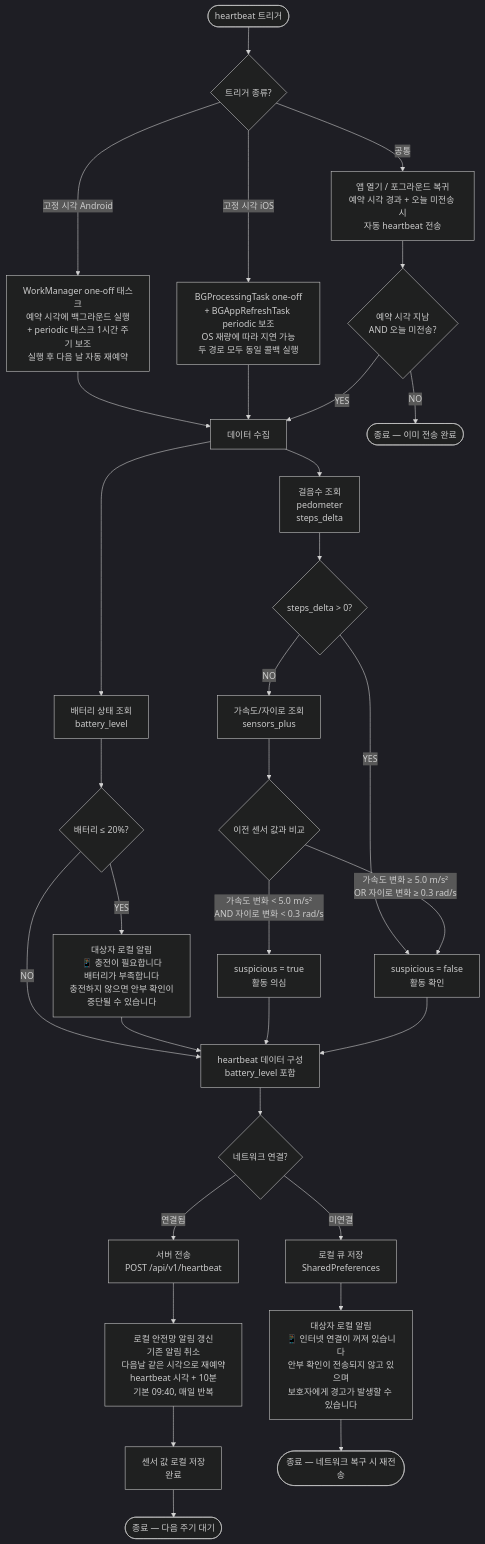
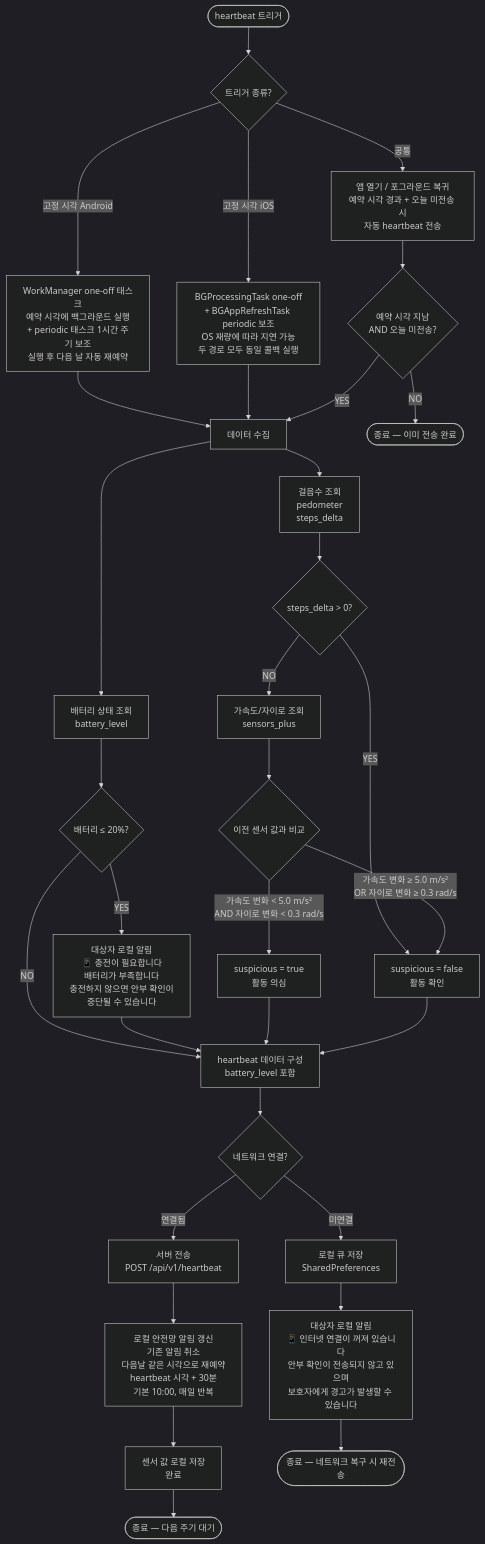
Before and after one commit to l10s18bok/kr.co.anbucheck: the first of 7 diagrams in .claude/rules/heartbeat_flowchart.md, drawn with Mermaid (dark theme). The commit also changed other lines of this file and 3 other files, not shown here.

````diff
--- a/.claude/rules/heartbeat_flowchart.md
+++ b/.claude/rules/heartbeat_flowchart.md
@@ -23,54 +23,54 @@
 ```mermaid
 flowchart TD
     Start([heartbeat 트리거])
     Start --> Trigger
 
     Trigger{트리거 종류?}
     Trigger -->|고정 시각 Android| WM[WorkManager one-off 태스크<br/>예약 시각에 백그라운드 실행<br/>+ periodic 태스크 1시간 주기 보조<br/>실행 후 다음 날 자동 재예약]
     Trigger -->|고정 시각 iOS| BG[BGProcessingTask one-off<br/>+ BGAppRefreshTask periodic 보조<br/>OS 재량에 따라 지연 가능<br/>두 경로 모두 동일 콜백 실행]
     Trigger -->|공통| FG[앱 열기 / 포그라운드 복귀<br/>예약 시각 경과 + 오늘 미전송 시<br/>자동 heartbeat 전송]
 
     WM --> Collect
     BG --> Collect
     FG --> FGCheck{예약 시각 지남<br/>AND 오늘 미전송?}
     FGCheck -->|YES| Collect
     FGCheck -->|NO| End0([종료 — 이미 전송 완료])
 
     Collect[데이터 수집]
     Collect --> Steps[걸음수 조회<br/>pedometer<br/>steps_delta]
     Collect --> Battery[배터리 상태 조회<br/>battery_level]
 
     Steps --> StepsCheck{steps_delta > 0?}
     StepsCheck -->|YES| Normal[suspicious = false<br/>활동 확인]
     StepsCheck -->|NO| Sensor[가속도/자이로 조회<br/>sensors_plus]
 
     Sensor --> Compare{이전 센서 값과 비교}
     Compare -->|가속도 변화 < 5.0 m/s²<br/>AND 자이로 변화 < 0.3 rad/s| Suspicious[suspicious = true<br/>활동 의심]
     Compare -->|가속도 변화 ≥ 5.0 m/s²<br/>OR 자이로 변화 ≥ 0.3 rad/s| Normal
 
     Battery --> BattCheck{배터리 ≤ 20%?}
     BattCheck -->|YES| SubjectNoti[대상자 로컬 알림<br/>📱 충전이 필요합니다<br/>배터리가 부족합니다<br/>충전하지 않으면 안부 확인이<br/>중단될 수 있습니다]
     BattCheck -->|NO| Build
 
     SubjectNoti --> Build
 
     Suspicious --> Build
     Normal --> Build
 
     Build[heartbeat 데이터 구성<br/>battery_level 포함]
 
     Build --> Network{네트워크 연결?}
 
     Network -->|연결됨| Send[서버 전송<br/>POST /api/v1/heartbeat]
     Network -->|미연결| Queue[로컬 큐 저장<br/>SharedPreferences]
 
     Queue --> LocalNoti1[대상자 로컬 알림<br/>📱 인터넷 연결이 꺼져 있습니다<br/>안부 확인이 전송되지 않고 있으며<br/>보호자에게 경고가 발생할 수 있습니다]
 
-    Send --> AlarmReset[로컬 안전망 알림 갱신<br/>기존 알림 취소<br/>다음날 같은 시각으로 재예약<br/>heartbeat 시각 + 10분<br/>기본 09:40, 매일 반복]
+    Send --> AlarmReset[로컬 안전망 알림 갱신<br/>기존 알림 취소<br/>다음날 같은 시각으로 재예약<br/>heartbeat 시각 + 30분<br/>기본 10:00, 매일 반복]
 
     AlarmReset --> SaveEnd[센서 값 로컬 저장<br/>완료]
 
     SaveEnd --> End1([종료 — 다음 주기 대기])
 
     LocalNoti1 --> End2([종료 — 네트워크 복구 시 재전송])
 ```
````
